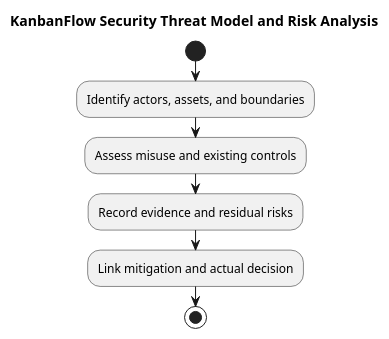
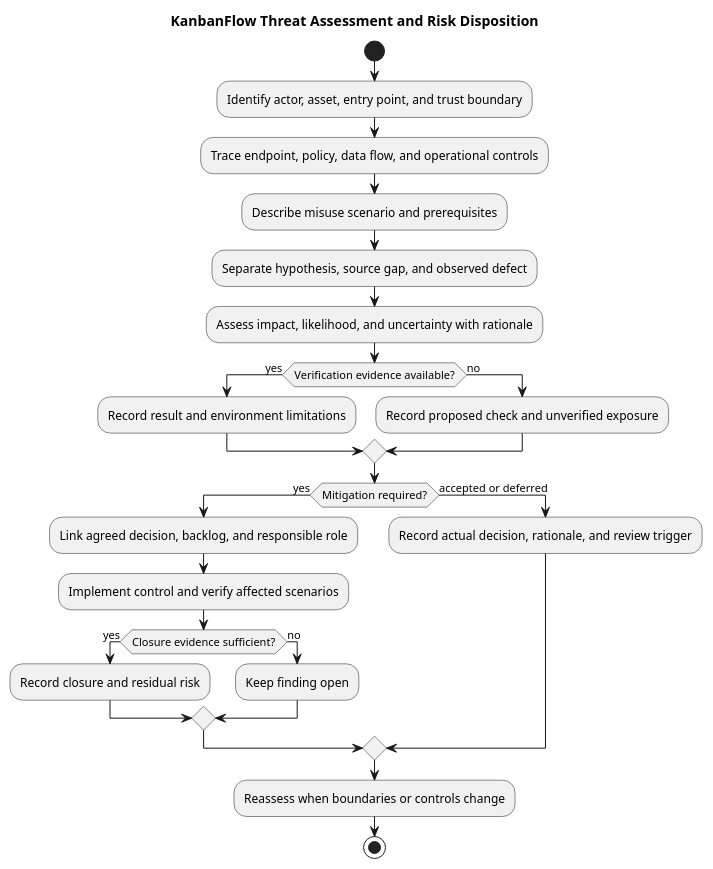
One commit to Farhad-Valizadegan/Web-KanbanFlow changed the diagram in docs/SDLC/03-analysis/security-threat-model-and-risk-analysis.md. Above: the diagram before and after it, drawn with PlantUML. The commit also changed other lines of this file and 2 other files, not shown here.

Commit message:
docs: complete security threat model and risk analysis

````diff
--- a/docs/SDLC/03-analysis/security-threat-model-and-risk-analysis.md
+++ b/docs/SDLC/03-analysis/security-threat-model-and-risk-analysis.md
@@ -48,11 +106,29 @@
 ```plantuml
 @startuml
-title KanbanFlow Security Threat Model and Risk Analysis
+title KanbanFlow Threat Assessment and Risk Disposition
 start
-:Identify actors, assets, and boundaries;
-:Assess misuse and existing controls;
-:Record evidence and residual risks;
-:Link mitigation and actual decision;
+:Identify actor, asset, entry point, and trust boundary;
+:Trace endpoint, policy, data flow, and operational controls;
+:Describe misuse scenario and prerequisites;
+:Separate hypothesis, source gap, and observed defect;
+:Assess impact, likelihood, and uncertainty with rationale;
+if (Verification evidence available?) then (yes)
+  :Record result and environment limitations;
+else (no)
+  :Record proposed check and unverified exposure;
+endif
+if (Mitigation required?) then (yes)
+  :Link agreed decision, backlog, and responsible role;
+  :Implement control and verify affected scenarios;
+  if (Closure evidence sufficient?) then (yes)
+    :Record closure and residual risk;
+  else (no)
+    :Keep finding open;
+  endif
+else (accepted or deferred)
+  :Record actual decision, rationale, and review trigger;
+endif
+:Reassess when boundaries or controls change;
 stop
 @enduml
 ```
````
